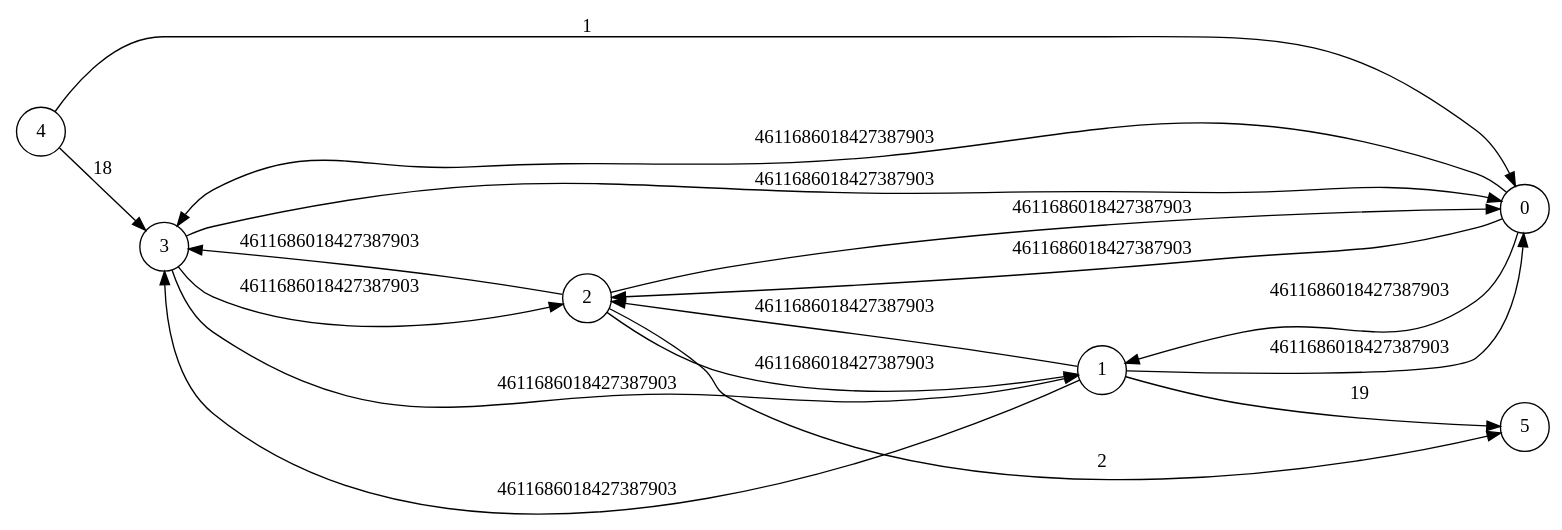
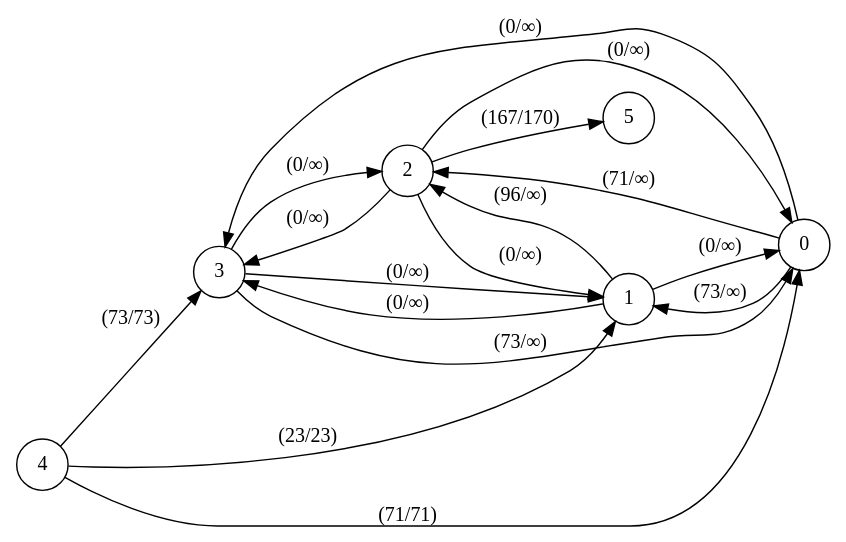
The diagram in outfile.dot (pierre-ung/Ford-Fulkerson_ocaml_project), drawn with Graphviz before and after one commit. The commit also changed 5 other files, not shown here.

```diff
--- a/outfile.dot
+++ b/outfile.dot
@@ -1,20 +1,20 @@
 digraph finite_state_machine {
                   rankdir=LR;
                   size="15"
-                  node [shape = circle];3 -> 2 [label = "4611686018427387903"];
-3 -> 1 [label = "4611686018427387903"];
-3 -> 0 [label = "4611686018427387903"];
-0 -> 3 [label = "4611686018427387903"];
-0 -> 2 [label = "4611686018427387903"];
-0 -> 1 [label = "4611686018427387903"];
-1 -> 3 [label = "4611686018427387903"];
-1 -> 2 [label = "4611686018427387903"];
-1 -> 0 [label = "4611686018427387903"];
-1 -> 5 [label = "19"];
-2 -> 3 [label = "4611686018427387903"];
-2 -> 1 [label = "4611686018427387903"];
-2 -> 0 [label = "4611686018427387903"];
-2 -> 5 [label = "2"];
-4 -> 0 [label = "1"];
-4 -> 3 [label = "18"];
+                  node [shape = circle];3 -> 2 [label = "(0/∞)"];
+3 -> 1 [label = "(0/∞)"];
+3 -> 0 [label = "(73/∞)"];
+1 -> 3 [label = "(0/∞)"];
+1 -> 2 [label = "(96/∞)"];
+1 -> 0 [label = "(0/∞)"];
+0 -> 3 [label = "(0/∞)"];
+0 -> 2 [label = "(71/∞)"];
+0 -> 1 [label = "(73/∞)"];
+2 -> 3 [label = "(0/∞)"];
+2 -> 1 [label = "(0/∞)"];
+2 -> 0 [label = "(0/∞)"];
+2 -> 5 [label = "(167/170)"];
+4 -> 0 [label = "(71/71)"];
+4 -> 1 [label = "(23/23)"];
+4 -> 3 [label = "(73/73)"];
 }
```
